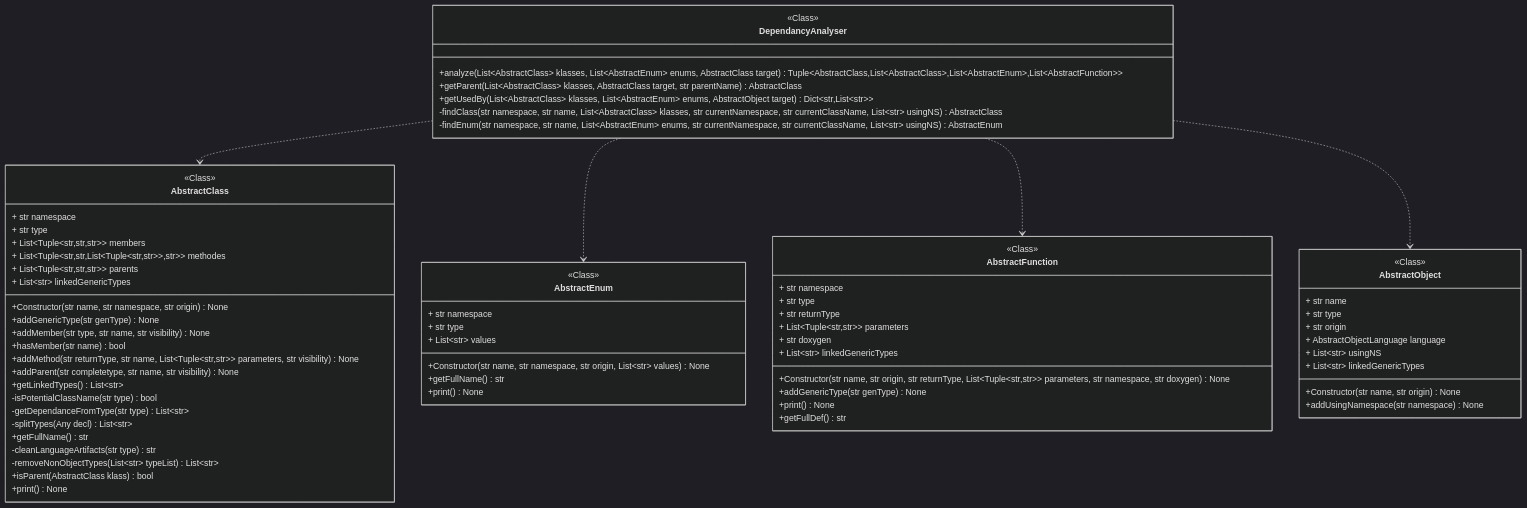
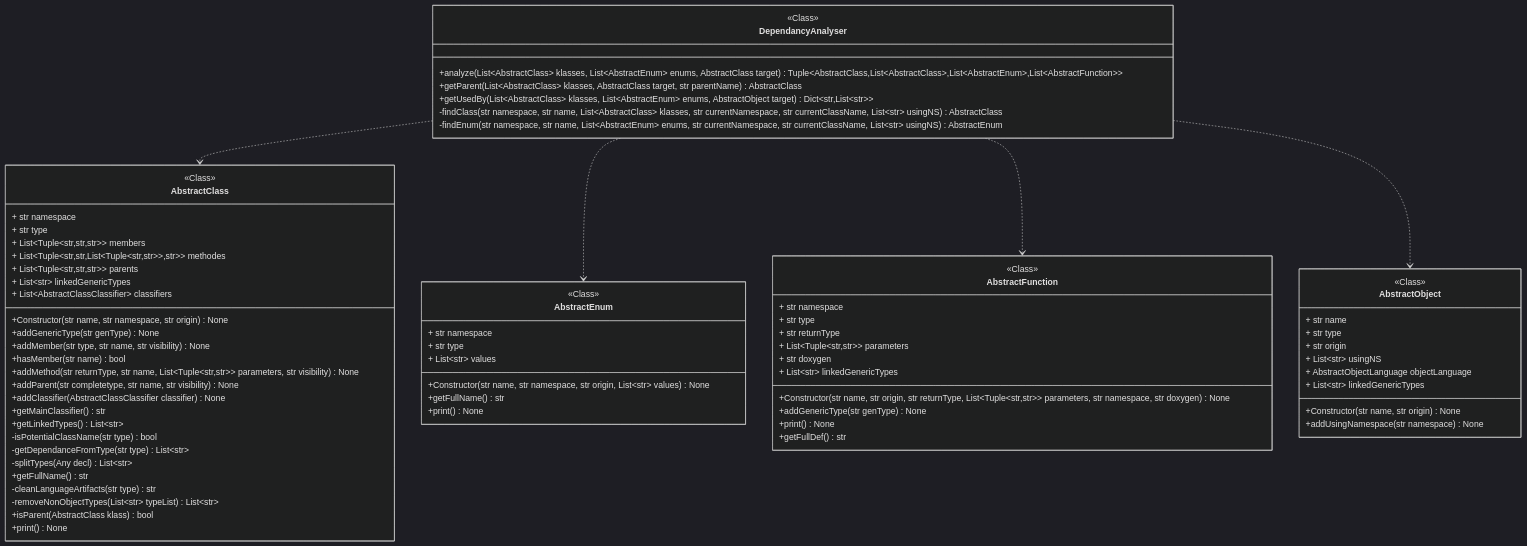
One commit to miong/pycodeanalyzer changed the diagram in docs/source/code/diagrams/pycodeanalyzer_core_analyzer_dependancy_DependancyAnalyser.mmd. Above: the diagram before and after it, drawn with Mermaid (dark theme). The commit also changed 60 other files, not shown here.

```diff
--- a/docs/source/code/diagrams/pycodeanalyzer_core_analyzer_dependancy_DependancyAnalyser.mmd
+++ b/docs/source/code/diagrams/pycodeanalyzer_core_analyzer_dependancy_DependancyAnalyser.mmd
@@ -1,74 +1,77 @@
 classDiagram
 class DependancyAnalyser {
 <<Class>>
 +analyze(List~AbstractClass~ klasses, List~AbstractEnum~ enums, AbstractClass target) Tuple&lt;AbstractClass,List&lt;AbstractClass&gt;,List&lt;AbstractEnum&gt;,List&lt;AbstractFunction&gt;&gt;
 +getParent(List~AbstractClass~ klasses, AbstractClass target, str parentName) AbstractClass
 +getUsedBy(List~AbstractClass~ klasses, List~AbstractEnum~ enums, AbstractObject target) Dict&lt;str,List&lt;str&gt;&gt;
 -findClass(str namespace, str name, List~AbstractClass~ klasses, str currentNamespace, str currentClassName, List~str~ usingNS) AbstractClass
 -findEnum(str namespace, str name, List~AbstractEnum~ enums, str currentNamespace, str currentClassName, List~str~ usingNS) AbstractEnum
 }
 class AbstractClass {
 <<Class>>
 + str namespace
 + str type
 + List&lt;Tuple&lt;str,str,str&gt;&gt; members
 + List&lt;Tuple&lt;str,str,List&lt;Tuple&lt;str,str&gt;&gt;,str&gt;&gt; methodes
 + List&lt;Tuple&lt;str,str,str&gt;&gt; parents
 + List~str~ linkedGenericTypes
++ List~AbstractClassClassifier~ classifiers
 +Constructor(str name, str namespace, str origin) None
 +addGenericType(str genType) None
 +addMember(str type, str name, str visibility) None
 +hasMember(str name) bool
 +addMethod(str returnType, str name, List&lt;Tuple&lt;str,str&gt;&gt; parameters, str visibility) None
 +addParent(str completetype, str name, str visibility) None
++addClassifier(AbstractClassClassifier classifier) None
++getMainClassifier() str
 +getLinkedTypes() List~str~
 -isPotentialClassName(str type) bool
 -getDependanceFromType(str type) List~str~
 -splitTypes(Any decl) List~str~
 +getFullName() str
 -cleanLanguageArtifacts(str type) str
 -removeNonObjectTypes(List~str~ typeList) List~str~
 +isParent(AbstractClass klass) bool
 +print() None
 }
 link AbstractClass "class££pycodeanalyzer::core::abstraction::objects::AbstractClass"
 class AbstractEnum {
 <<Class>>
 + str namespace
 + str type
 + List~str~ values
 +Constructor(str name, str namespace, str origin, List~str~ values) None
 +getFullName() str
 +print() None
 }
 link AbstractEnum "class££pycodeanalyzer::core::abstraction::objects::AbstractEnum"
 class AbstractFunction {
 <<Class>>
 + str namespace
 + str type
 + str returnType
 + List&lt;Tuple&lt;str,str&gt;&gt; parameters
 + str doxygen
 + List~str~ linkedGenericTypes
 +Constructor(str name, str origin, str returnType, List&lt;Tuple&lt;str,str&gt;&gt; parameters, str namespace, str doxygen) None
 +addGenericType(str genType) None
 +print() None
 +getFullDef() str
 }
 link AbstractFunction "class££pycodeanalyzer::core::abstraction::objects::AbstractFunction"
 class AbstractObject {
 <<Class>>
 + str name
 + str type
 + str origin
-+ AbstractObjectLanguage language
 + List~str~ usingNS
++ AbstractObjectLanguage objectLanguage
 + List~str~ linkedGenericTypes
 +Constructor(str name, str origin) None
 +addUsingNamespace(str namespace) None
 }
 link AbstractObject "class££pycodeanalyzer::core::abstraction::objects::AbstractObject"
 DependancyAnalyser ..> AbstractClass
 DependancyAnalyser ..> AbstractEnum
 DependancyAnalyser ..> AbstractFunction
 DependancyAnalyser ..> AbstractObject
```
